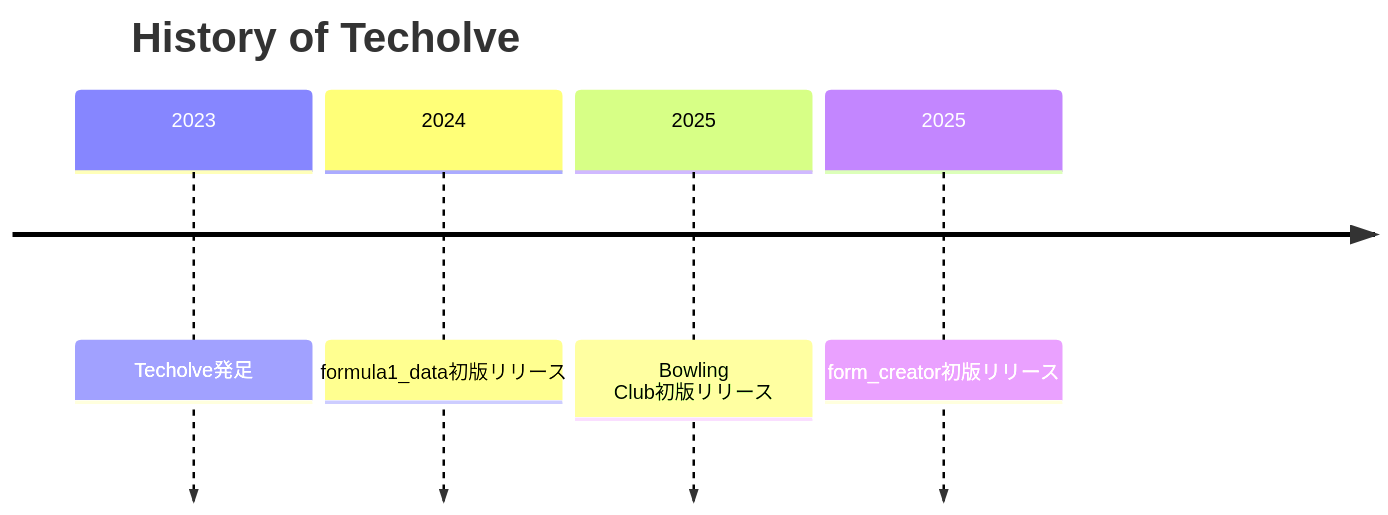
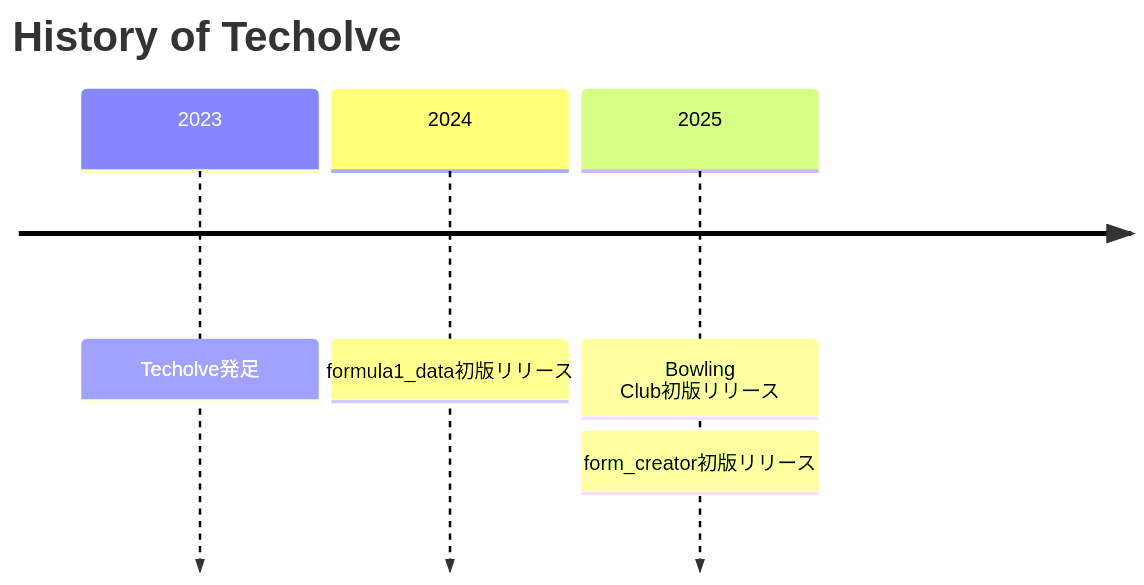
The diagram in profile/README.md (techolve/.github), drawn with Mermaid before and after one commit.

Commit message:
Fix formatting in README.md for form_creator release

````diff
--- a/profile/README.md
+++ b/profile/README.md
@@ -5,8 +5,8 @@
 ```mermaid
 timeline
     title History of Techolve
     2023 : Techolve発足
     2024 : formula1_data初版リリース
     2025 : Bowling Club初版リリース
-    2025 : form_creator初版リリース    
+         : form_creator初版リリース    
 ```
````
